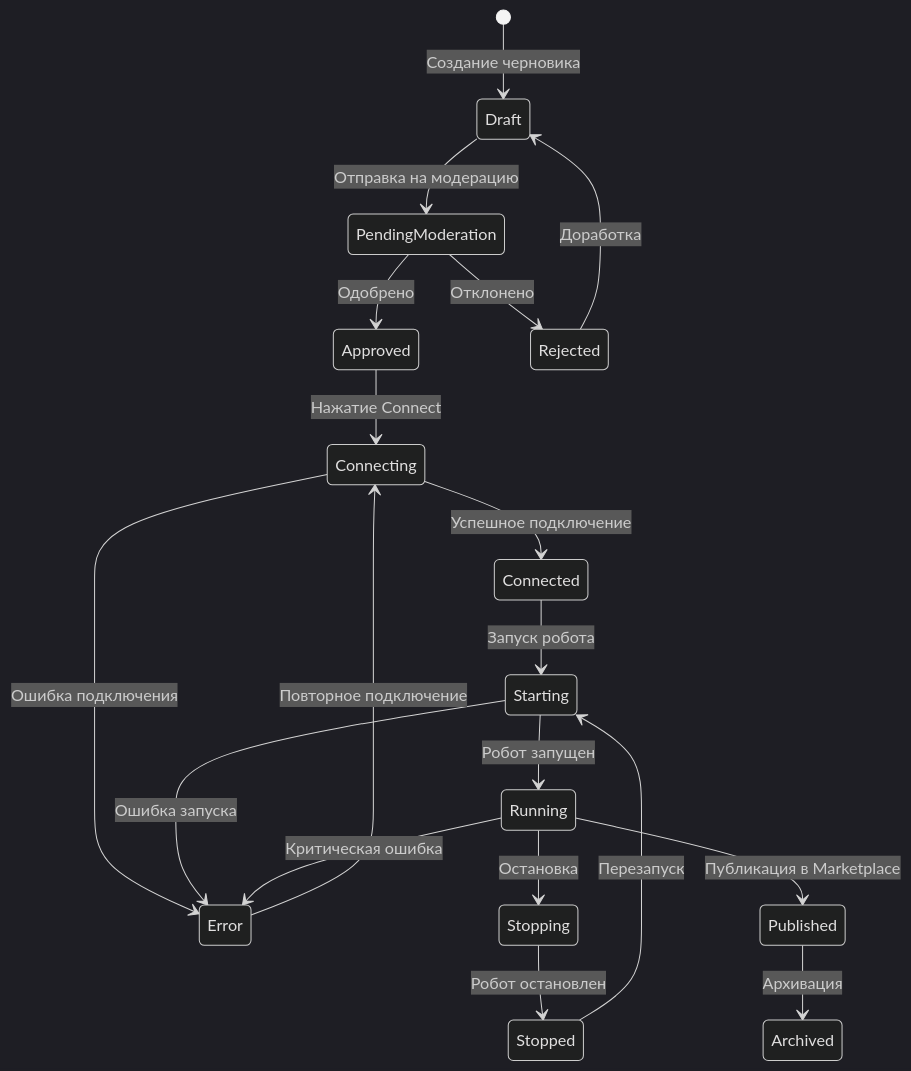
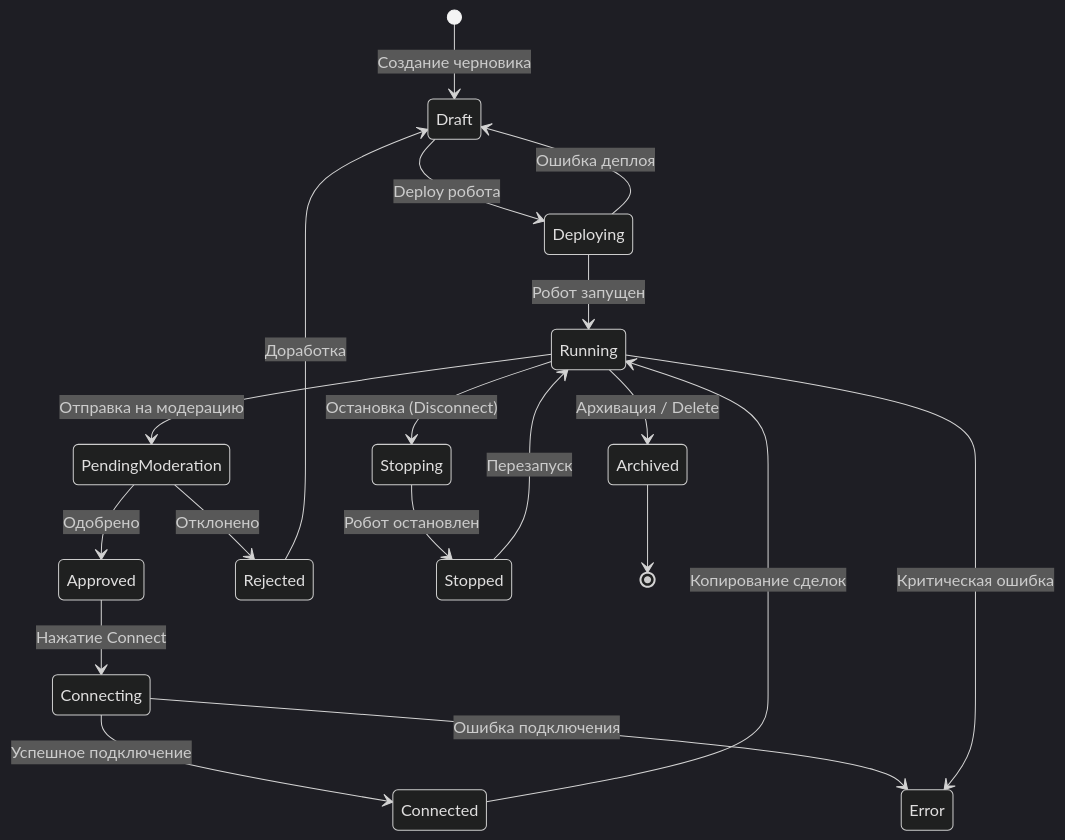
The fifth of 11 diagrams in TRM_SRS.md (MatveiV/TradingRobotMarketplace), drawn with Mermaid (dark theme) before and after one commit. The commit also changed other lines of this file and 109 other files, not shown here.

````diff
--- a/TRM_SRS.md
+++ b/TRM_SRS.md
@@ -324,21 +331,21 @@
 ```mermaid
 stateDiagram-v2
     [*] --> Draft: Создание черновика
-    Draft --> PendingModeration: Отправка на модерацию
+    Draft --> Deploying: Deploy робота
+    Deploying --> Running: Робот запущен
+    Deploying --> Draft: Ошибка деплоя
+    Running --> PendingModeration: Отправка на модерацию
     PendingModeration --> Approved: Одобрено
     PendingModeration --> Rejected: Отклонено
     Rejected --> Draft: Доработка
     Approved --> Connecting: Нажатие Connect
     Connecting --> Connected: Успешное подключение
     Connecting --> Error: Ошибка подключения
-    Connected --> Starting: Запуск робота
-    Starting --> Running: Робот запущен
-    Starting --> Error: Ошибка запуска
-    Running --> Stopping: Остановка
+    Connected --> Running: Копирование сделок
+    Running --> Stopping: Остановка (Disconnect)
     Stopping --> Stopped: Робот остановлен
     Running --> Error: Критическая ошибка
-    Error --> Connecting: Повторное подключение
-    Stopped --> Starting: Перезапуск
-    Running --> Published: Публикация в Marketplace
-    Published --> Archived: Архивация
+    Stopped --> Running: Перезапуск
+    Running --> Archived: Архивация / Delete
+    Archived --> [*]
 ```
````
